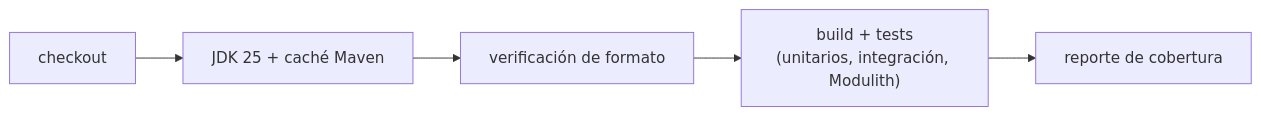
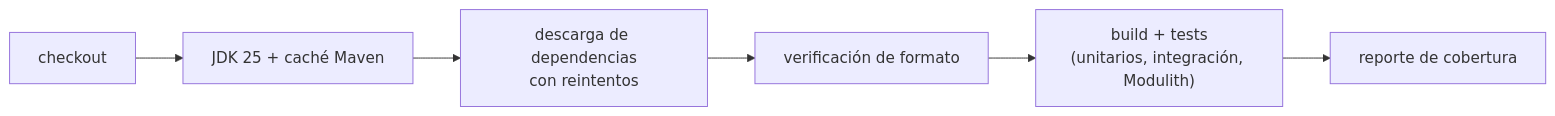
The second of 2 diagrams in docs/06-calidad-y-flujo-de-trabajo.md (paulaciano/streamstories), drawn with Mermaid before and after one commit. The commit also changed other lines of this file and 39 other files, not shown here.

````diff
--- a/docs/06-calidad-y-flujo-de-trabajo.md
+++ b/docs/06-calidad-y-flujo-de-trabajo.md
@@ -46,4 +46,4 @@
 ```mermaid
 flowchart LR
-    A[checkout] --> B[JDK 25 + caché Maven] --> C[verificación de formato] --> D["build + tests<br/>(unitarios, integración, Modulith)"] --> E[reporte de cobertura]
+    A[checkout] --> B[JDK 25 + caché Maven] --> B2[descarga de dependencias<br/>con reintentos] --> C[verificación de formato] --> D["build + tests<br/>(unitarios, integración, Modulith)"] --> E[reporte de cobertura]
 ```
````
